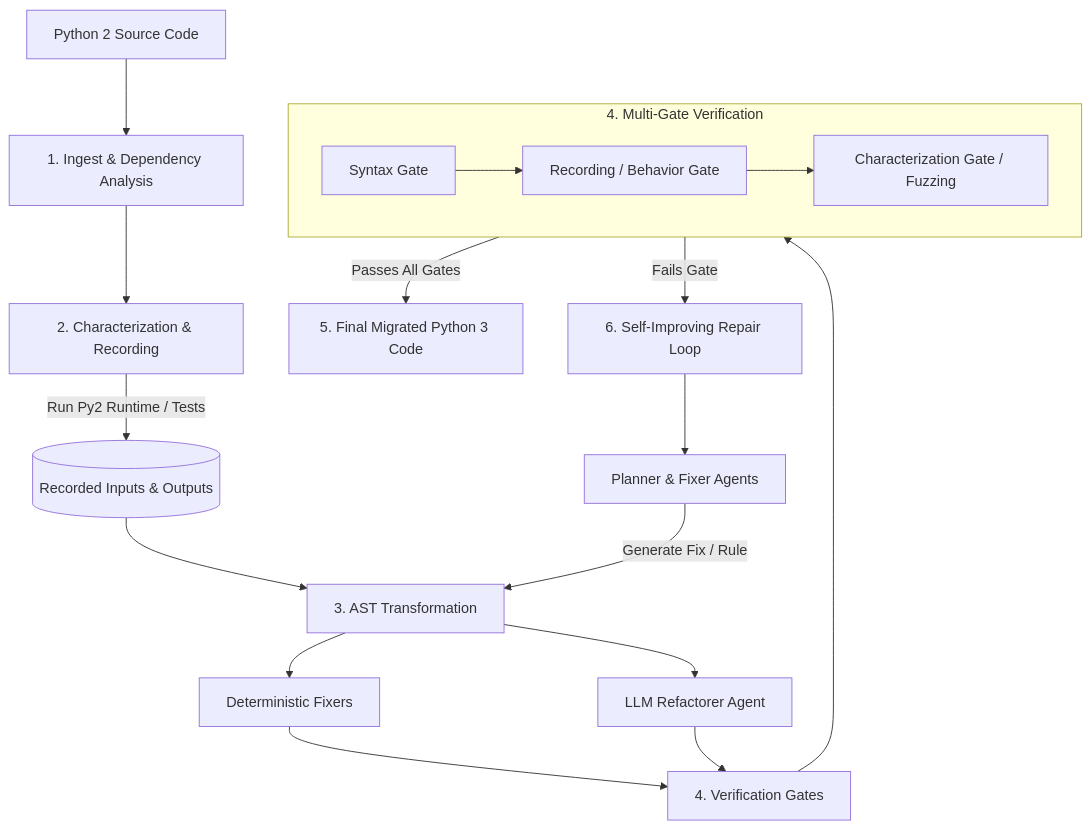
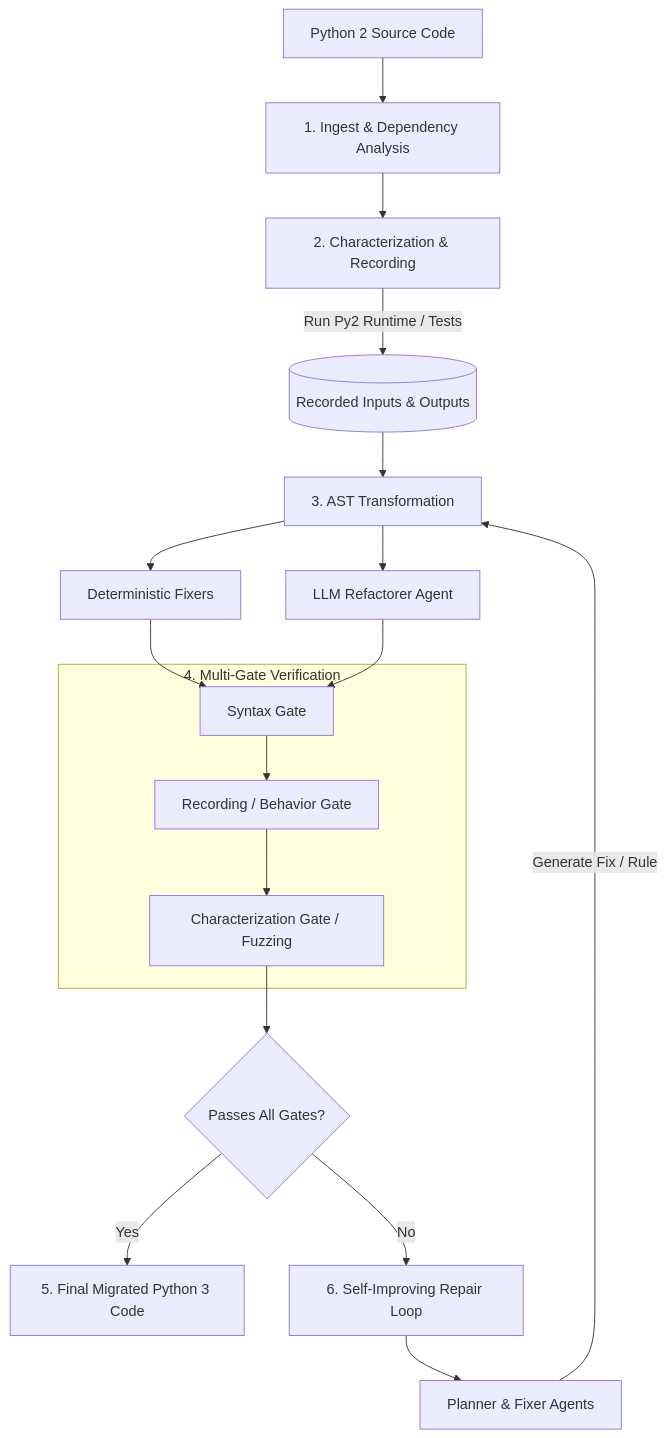
Before and after one commit to LokeshBUD/ShiftCode: the diagram in README.md, drawn with Mermaid. The commit also changed other lines of this file, not shown here.

Commit message:
Revise README flowchart and migration steps
Updated the flowchart and descriptions for the ShiftCode migration pipeline, enhancing clarity and structure.

````diff
--- a/README.md
+++ b/README.md
@@ -83,35 +83,33 @@
 ```mermaid
 flowchart TD
-    %% Input Stage
+    %% Step 1: Ingest
     A[Python 2 Source Code] --> B[1. Ingest & Dependency Analysis]
     
-    %% Analysis & Recording
+    %% Step 2: Characterization
     B --> C[2. Characterization & Recording]
     C -->|Run Py2 Runtime / Tests| D[(Recorded Inputs & Outputs)]
     
-    %% Transformation Pipeline
+    %% Step 3: Transformation
     D --> E[3. AST Transformation]
-    E --> F[Deterministic Fixers]
-    E --> G[LLM Refactorer Agent]
+    E --> E1[Deterministic Fixers]
+    E --> E2[LLM Refactorer Agent]
     
-    %% Verification Loop
-    F --> H[4. Verification Gates]
-    G --> H
+    %% Step 4: Verification Container
+    E1 --> V1
+    E2 --> V1
     
-    subgraph Verification ["4. Multi-Gate Verification"]
-        H1[Syntax Gate] --> H2[Recording / Behavior Gate]
-        H2 --> H3[Characterization Gate / Fuzzing]
+    subgraph V ["4. Multi-Gate Verification"]
+        V1[Syntax Gate] --> V2[Recording / Behavior Gate]
+        V2 --> V3[Characterization Gate / Fuzzing]
     end
     
-    H --> Verification
+    %% Step 5 & 6: Decision Branch
+    V3 --> Gate{Passes All Gates?}
     
-    %% Pipeline Decision Branch
-    Verification -->|Passes All Gates| I[5. Final Migrated Python 3 Code]
-    Verification -->|Fails Gate| J[6. Self-Improving Repair Loop]
+    Gate -->|Yes| Output[5. Final Migrated Python 3 Code]
+    Gate -->|No| Loop[6. Self-Improving Repair Loop]
     
-    %% Repair Loop Logic
-    J --> K[Planner & Fixer Agents]
-    K -->|Generate Fix / Rule| E
-
-
+    %% Feedback Loop
+    Loop --> Repair[Planner & Fixer Agents]
+    Repair -->|Generate Fix / Rule| E
 ```
````
